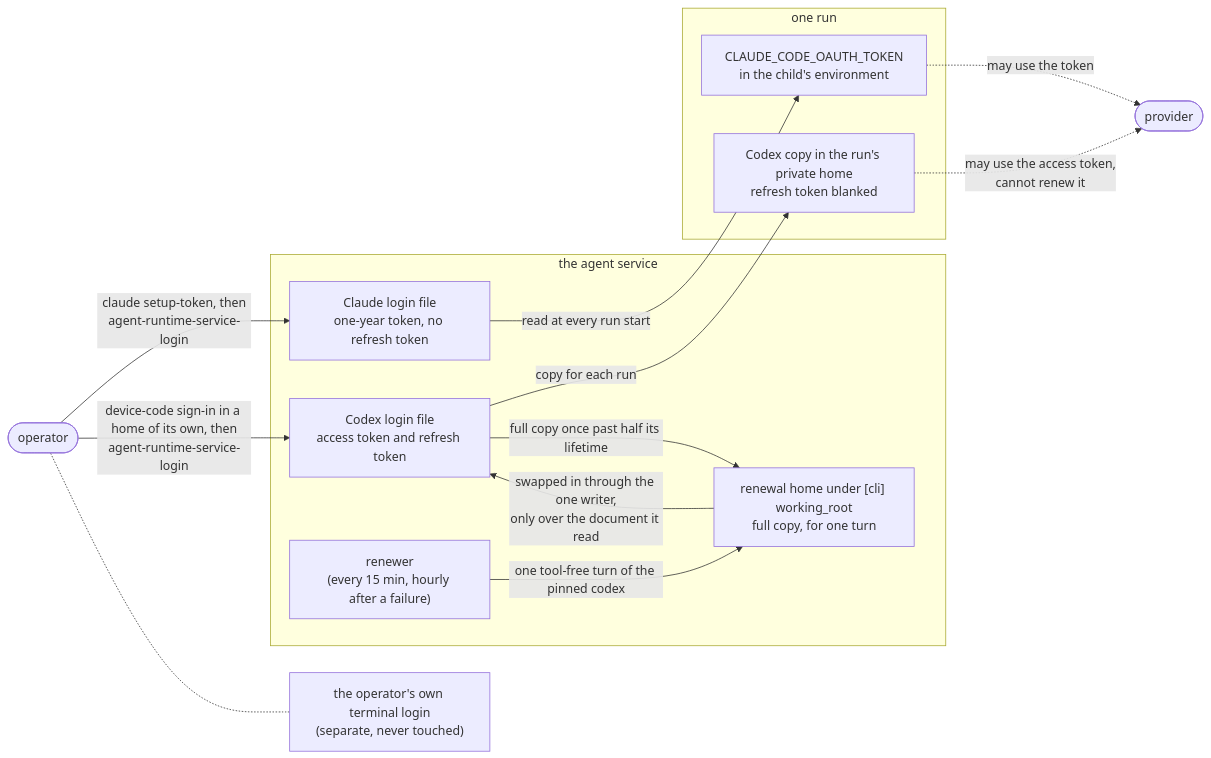
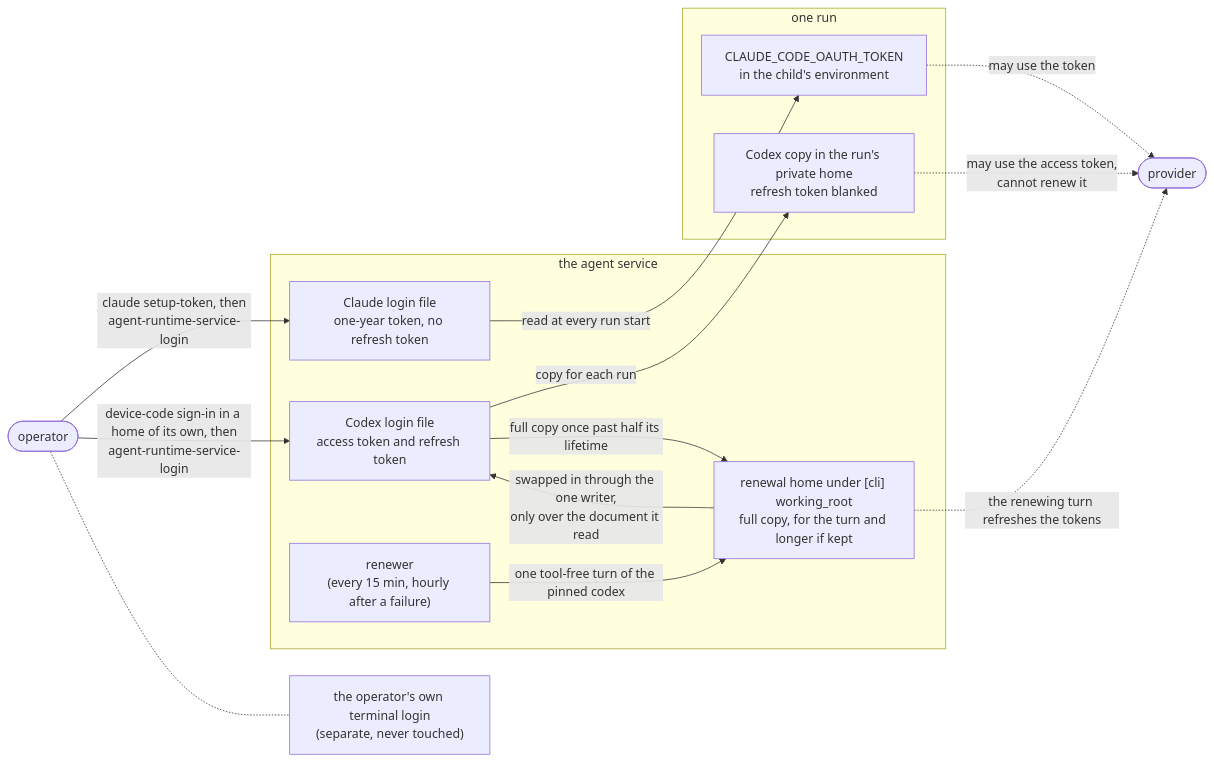
One commit to overnightworks/agent-runtime changed the third of 3 diagrams in docs/ARCHITECTURE.md. Above: the diagram before and after it, drawn with Mermaid. The commit also changed other lines of this file and 10 other files, not shown here.

````diff
--- a/docs/ARCHITECTURE.md
+++ b/docs/ARCHITECTURE.md
@@ -116,28 +117,29 @@
 ```mermaid
 flowchart LR
     operator(["operator"])
     terminal["the operator's own terminal login<br/>(separate, never touched)"]
 
     subgraph service ["the agent service"]
         claudefile["Claude login file<br/>one-year token, no refresh token"]
         codexfile["Codex login file<br/>access token and refresh token"]
         renewer["renewer<br/>(every 15 min, hourly after a failure)"]
-        renewalhome["renewal home under [cli] working_root<br/>full copy, for one turn"]
+        renewalhome["renewal home under [cli] working_root<br/>full copy, for the turn and longer if kept"]
     end
 
     subgraph runs ["one run"]
         claudeenv["CLAUDE_CODE_OAUTH_TOKEN<br/>in the child's environment"]
         codexcopy["Codex copy in the run's private home<br/>refresh token blanked"]
     end
 
     operator -->|"claude setup-token, then<br/>agent-runtime-service-login"| claudefile
     operator -->|"device-code sign-in in a home of its own, then<br/>agent-runtime-service-login"| codexfile
     claudefile -->|"read at every run start"| claudeenv
     codexfile -->|"copy for each run"| codexcopy
     codexfile -->|"full copy once past half its lifetime"| renewalhome
     renewer -->|"one tool-free turn of the pinned codex"| renewalhome
     renewalhome -->|"swapped in through the one writer,<br/>only over the document it read"| codexfile
+    renewalhome -.->|"the renewing turn refreshes the tokens"| provider
     codexcopy -.->|"may use the access token,<br/>cannot renew it"| provider(["provider"])
     claudeenv -.->|"may use the token"| provider
     operator -.- terminal
 ```
````
